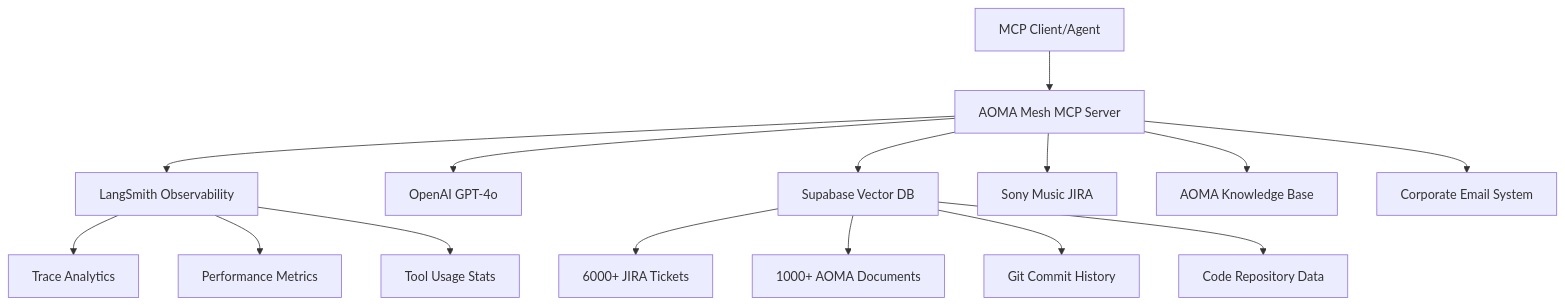
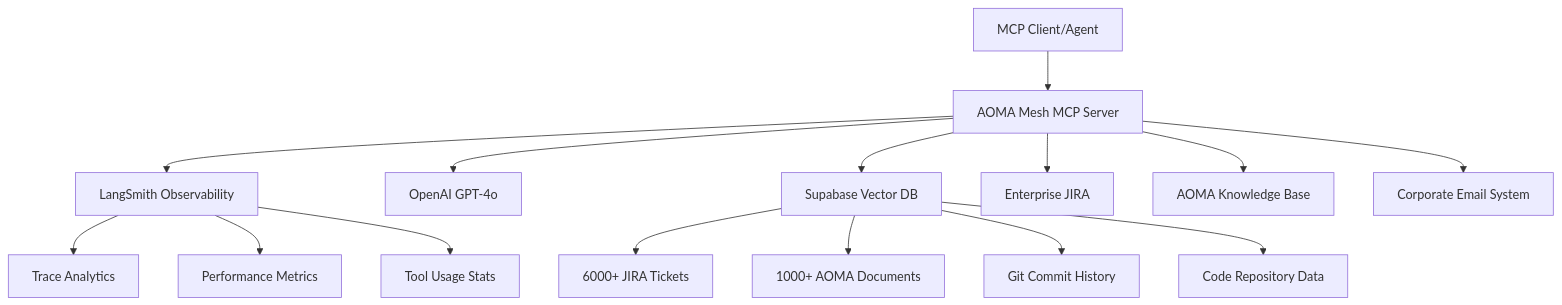
The diagram in README.md (mattcarp/aoma-mesh-mcp), drawn with Mermaid before and after one commit. The commit also changed other lines of this file and 24 other files, not shown here.

First line of the commit message:
feat: convert to multi-tenant architecture, remove Sony Music branding

````diff
--- a/README.md
+++ b/README.md
@@ -152,19 +152,19 @@
 ```mermaid
 graph TD
     A[MCP Client/Agent] --> B[AOMA Mesh MCP Server]
     B --> C[LangSmith Observability]
     B --> D[OpenAI GPT-4o]
     B --> E[Supabase Vector DB]
-    B --> F[Sony Music JIRA]
+    B --> F[Enterprise JIRA]
     B --> G[AOMA Knowledge Base]
     B --> H[Corporate Email System]
 
     E --> I[6000+ JIRA Tickets]
     E --> J[1000+ AOMA Documents]
     E --> K[Git Commit History]
     E --> L[Code Repository Data]
 
     C --> M[Trace Analytics]
     C --> N[Performance Metrics]
     C --> O[Tool Usage Stats]
 ```
````
